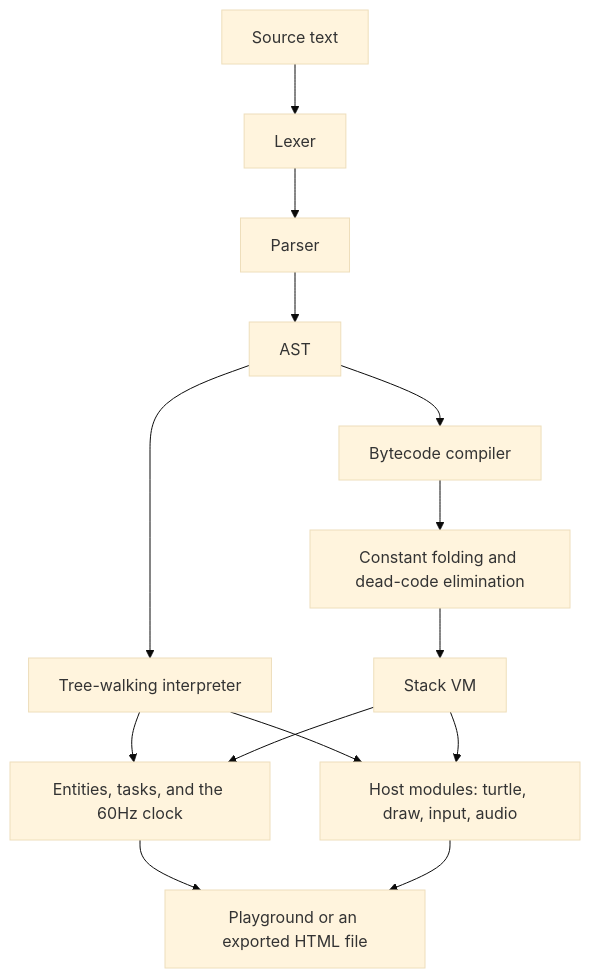
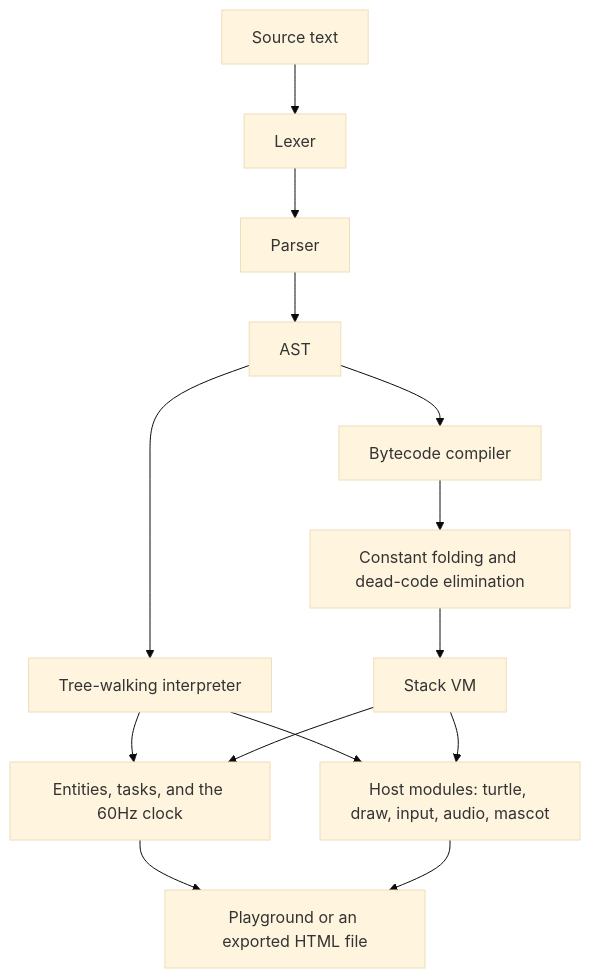
One commit to yaubernice/spool changed the diagram in README.md. Above: the diagram before and after it, drawn with Mermaid (base theme). The commit also changed other lines of this file and 38 other files, not shown here.

````diff
--- a/README.md
+++ b/README.md
@@ -210,16 +223,16 @@
 ```mermaid
 flowchart TD
   source[Source text] --> lexer[Lexer]
   lexer --> parser[Parser]
   parser --> ast[AST]
   ast --> walker[Tree-walking interpreter]
   ast --> compiler[Bytecode compiler]
   compiler --> optimizer[Constant folding and dead-code elimination]
   optimizer --> vm[Stack VM]
   walker --> world[Entities, tasks, and the 60Hz clock]
   vm --> world
-  walker --> host[Host modules: turtle, draw, input, audio]
+  walker --> host[Host modules: turtle, draw, input, audio, mascot]
   vm --> host
   world --> page[Playground or an exported HTML file]
   host --> page
 ```
````
